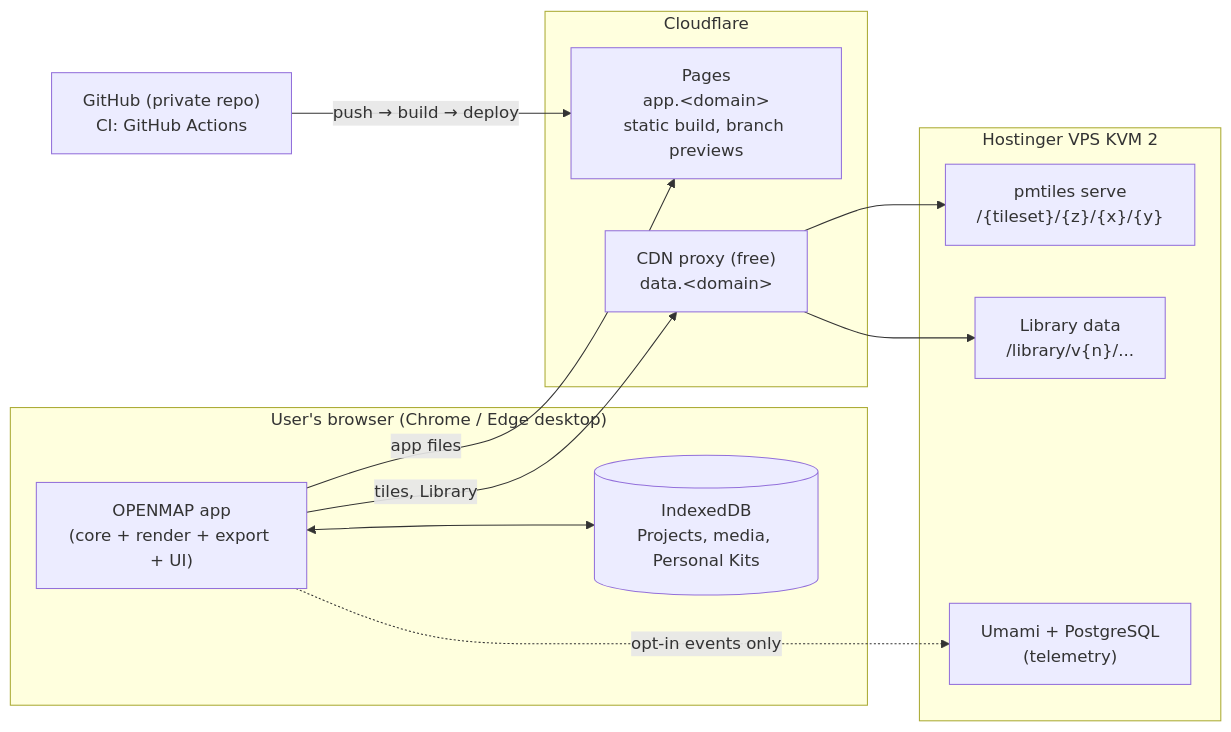
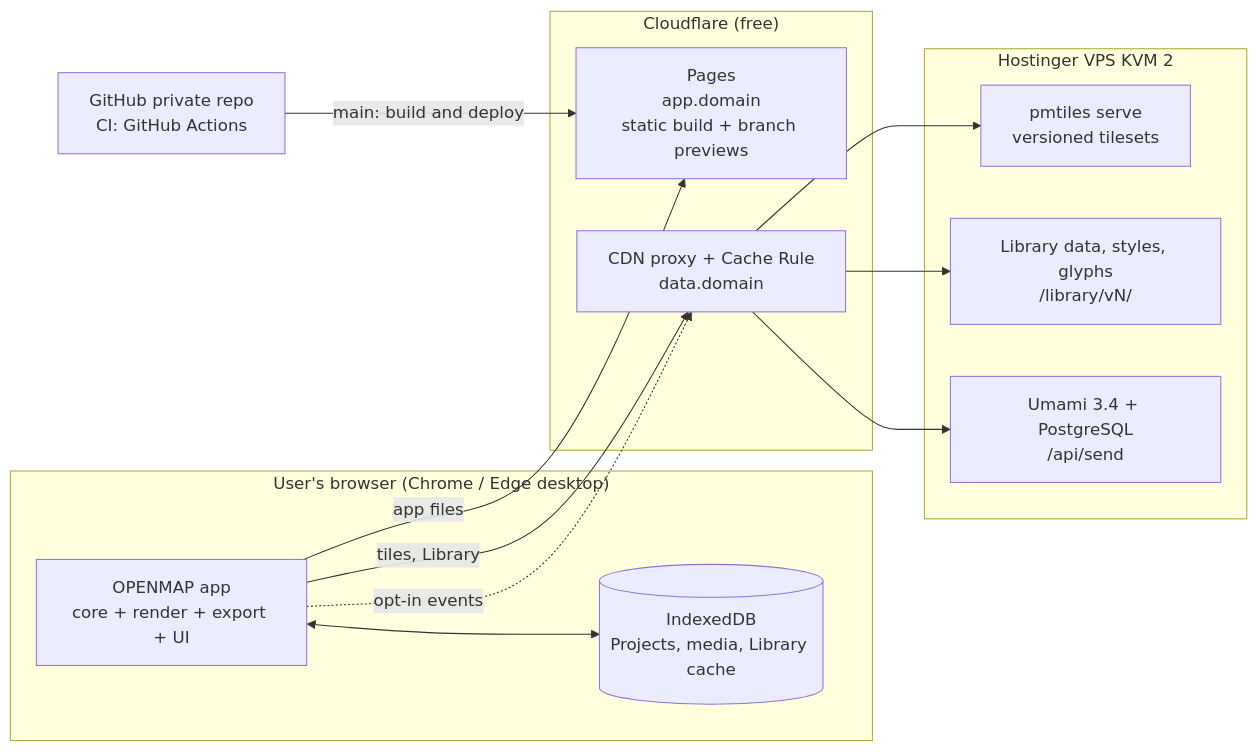
The second of 3 diagrams in _bmad-output/planning-artifacts/architecture/architecture-OPENMAP-2026-09-29/ARCHITECTURE-SPINE.md (Samo1457/OPENMAP), drawn with Mermaid before and after one commit. The commit also changed other lines of this file and 2 other files, not shown here.

First line of the commit message:
Apply reviewer-gate fixes to architecture spine (AD-21..AD-29)

````diff
--- a/_bmad-output/planning-artifacts/architecture/architecture-OPENMAP-2026-09-29/ARCHITECTURE-SPINE.md
+++ b/_bmad-output/planning-artifacts/architecture/architecture-OPENMAP-2026-09-29/ARCHITECTURE-SPINE.md
@@ -219,24 +280,25 @@
 ```mermaid
 flowchart LR
   subgraph Browser["User's browser (Chrome / Edge desktop)"]
-    APP["OPENMAP app<br/>(core + render + export + UI)"]
-    IDB[("IndexedDB<br/>Projects, media, Personal Kits")]
+    APP["OPENMAP app<br/>core + render + export + UI"]
+    IDB[("IndexedDB<br/>Projects, media, Library cache")]
     APP <--> IDB
   end
-  subgraph CF["Cloudflare"]
-    PAGES["Pages<br/>app.&lt;domain&gt;<br/>static build, branch previews"]
-    PROXY["CDN proxy (free)<br/>data.&lt;domain&gt;"]
+  subgraph CF["Cloudflare (free)"]
+    PAGES["Pages<br/>app.domain<br/>static build + branch previews"]
+    PROXY["CDN proxy + Cache Rule<br/>data.domain"]
   end
   subgraph VPS["Hostinger VPS KVM 2"]
-    TILES["pmtiles serve<br/>/{tileset}/{z}/{x}/{y}"]
-    DATA["Library data<br/>/library/v{n}/..."]
-    UMAMI["Umami + PostgreSQL<br/>(telemetry)"]
+    TILES["pmtiles serve<br/>versioned tilesets"]
+    DATA["Library data, styles, glyphs<br/>/library/vN/"]
+    UMAMI["Umami 3.4 + PostgreSQL<br/>/api/send"]
   end
-  GH["GitHub (private repo)<br/>CI: GitHub Actions"]
+  GH["GitHub private repo<br/>CI: GitHub Actions"]
   APP -->|app files| PAGES
   APP -->|tiles, Library| PROXY
+  APP -.->|opt-in events| PROXY
   PROXY --> TILES
   PROXY --> DATA
-  APP -.->|opt-in events only| UMAMI
-  GH -->|push → build → deploy| PAGES
+  PROXY --> UMAMI
+  GH -->|main: build and deploy| PAGES
 ```
````
